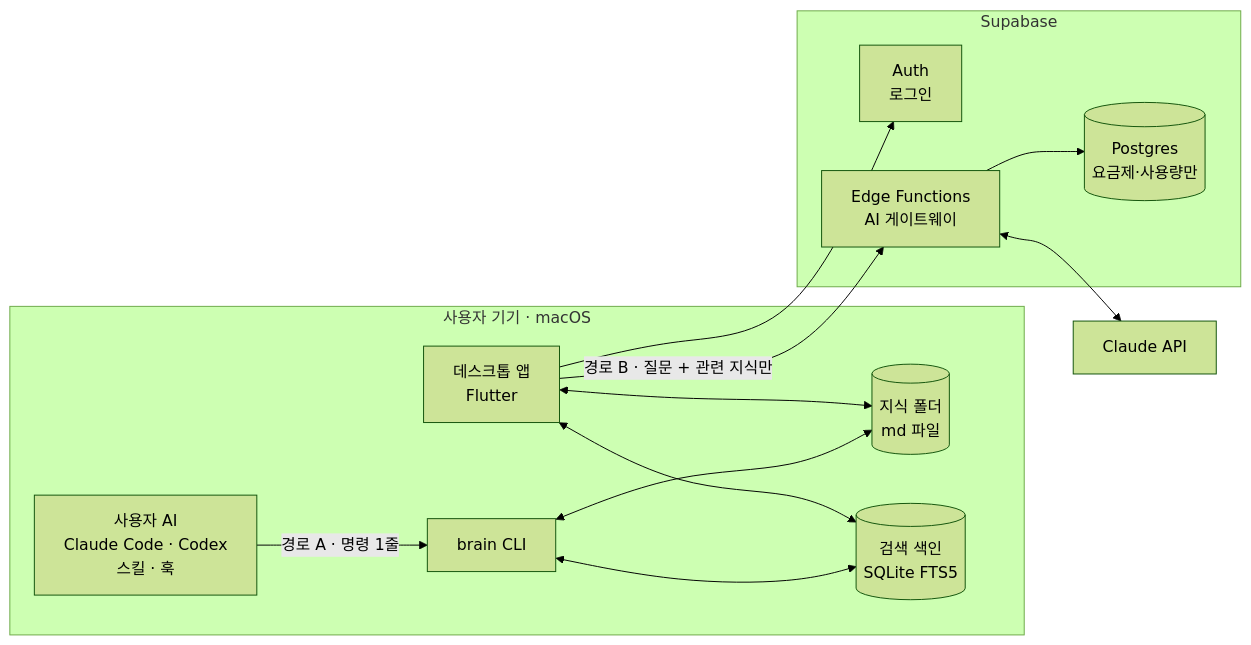
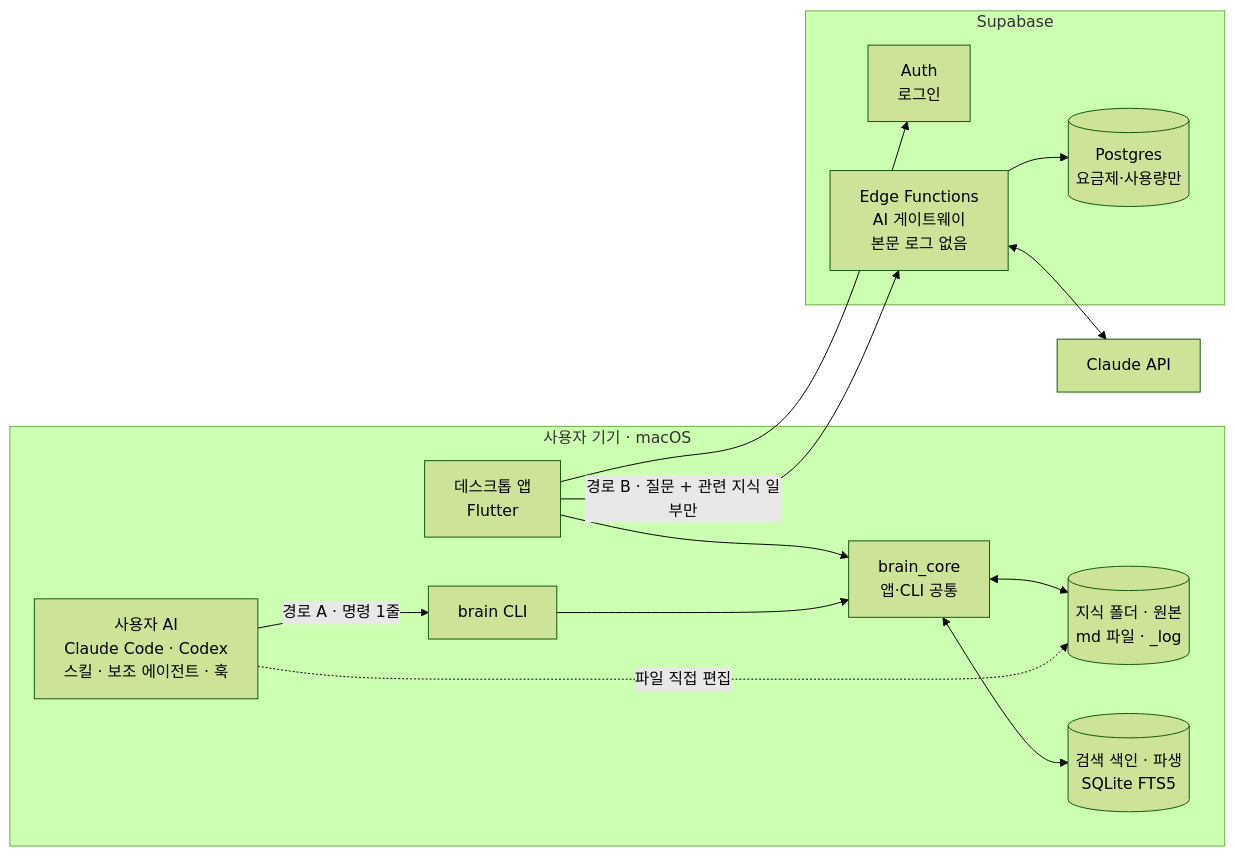
The first of 6 diagrams in docs/설계서.md (konga22/second-brain), drawn with Mermaid (forest theme) before and after one commit. The commit also changed other lines of this file, not shown here.

````diff
--- a/docs/설계서.md
+++ b/docs/설계서.md
@@ -37,25 +41,27 @@
 ```mermaid
 flowchart LR
   subgraph Device[사용자 기기 · macOS]
     App[데스크톱 앱<br/>Flutter]
-    Vault[(지식 폴더<br/>md 파일)]
-    Index[(검색 색인<br/>SQLite FTS5)]
     CLI[brain CLI]
-    UAI[사용자 AI<br/>Claude Code · Codex<br/>스킬 · 훅]
-    App <--> Vault
-    App <--> Index
-    CLI <--> Vault
-    CLI <--> Index
+    Core[brain_core<br/>앱·CLI 공통]
+    Vault[(지식 폴더 · 원본<br/>md 파일 · _log)]
+    Index[(검색 색인 · 파생<br/>SQLite FTS5)]
+    UAI[사용자 AI<br/>Claude Code · Codex<br/>스킬 · 보조 에이전트 · 훅]
+    App --> Core
+    CLI --> Core
+    Core <--> Vault
+    Core <--> Index
     UAI -- 경로 A · 명령 1줄 --> CLI
+    UAI -. 파일 직접 편집 .-> Vault
   end
   subgraph Server[Supabase]
     Auth[Auth<br/>로그인]
     PG[(Postgres<br/>요금제·사용량만)]
-    GW[Edge Functions<br/>AI 게이트웨이]
+    GW[Edge Functions<br/>AI 게이트웨이<br/>본문 로그 없음]
   end
   LLM[Claude API]
   App --> Auth
-  App -- 경로 B · 질문 + 관련 지식만 --> GW
+  App -- 경로 B · 질문 + 관련 지식 일부만 --> GW
   GW --> PG
   GW <--> LLM
 ```
````
